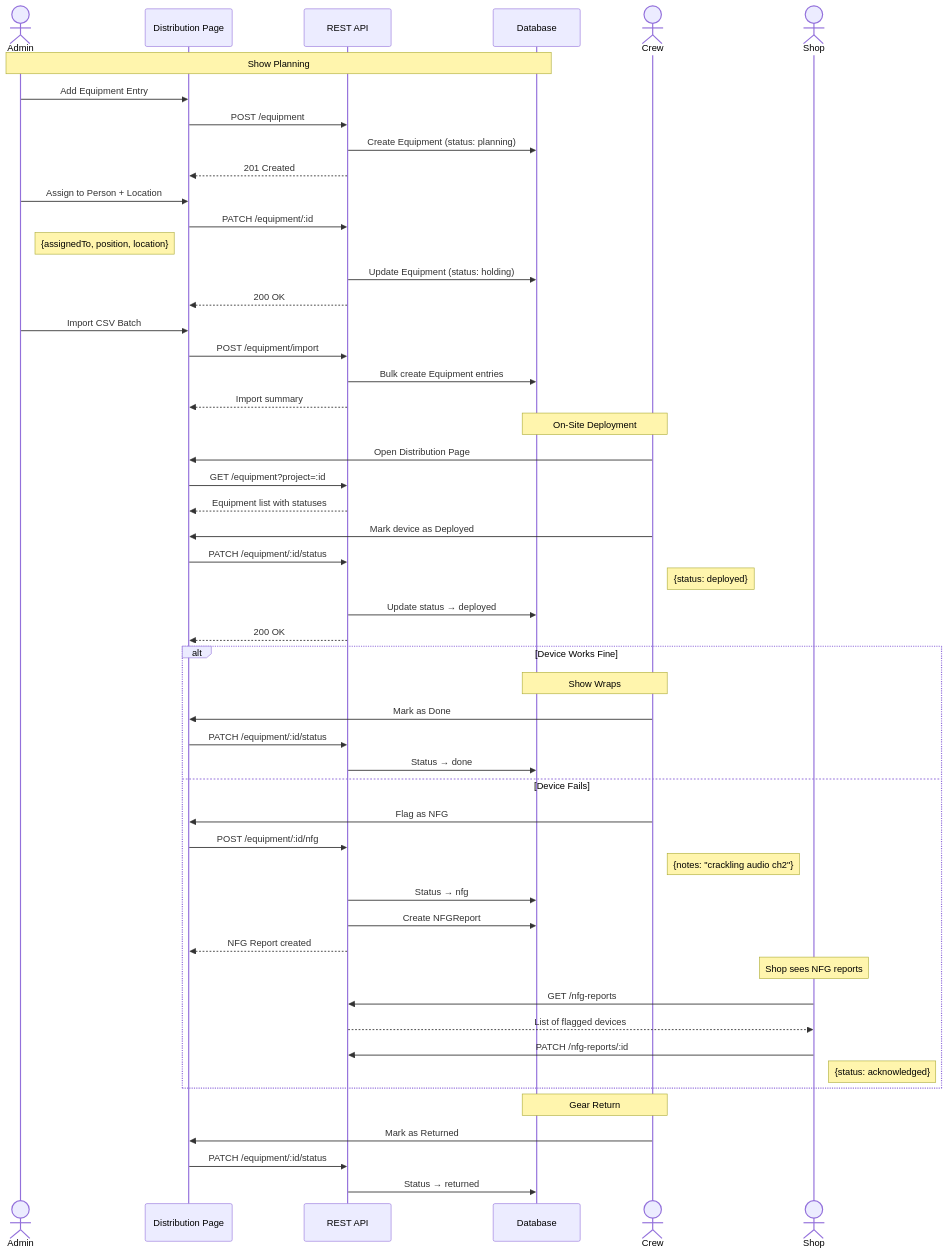
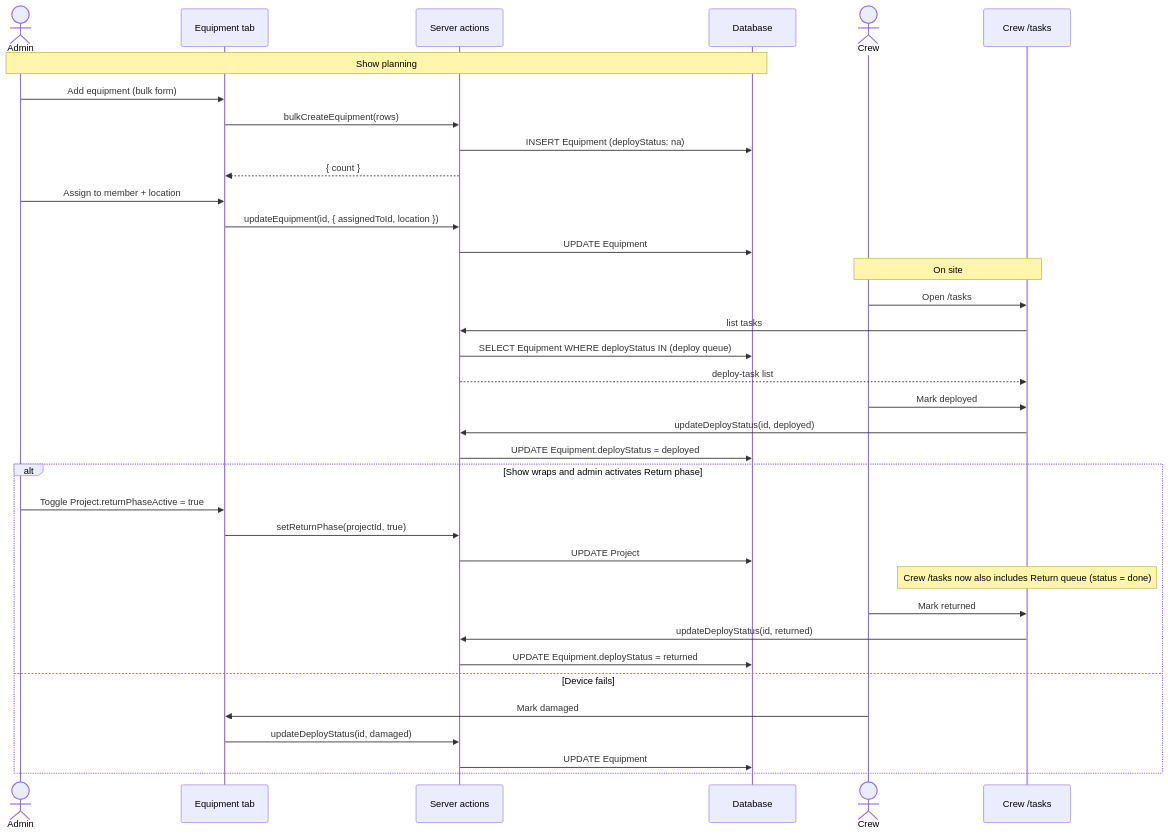
The third of 4 diagrams in docs/uml-sequence-diagrams.md (jimmfxr/versacom-app), drawn with Mermaid before and after one commit. The commit also changed other lines of this file and 14 other files, not shown here.

First line of the commit message:
Docs: refresh PRD + diagrams for unified My Equipment + Copy/Paste

````diff
--- a/docs/uml-sequence-diagrams.md
+++ b/docs/uml-sequence-diagrams.md
@@ -56,62 +111,43 @@
 ```mermaid
 sequenceDiagram
     actor Admin
-    participant Dist as Distribution Page
-    participant API as REST API
+    participant Eq as Equipment tab
+    participant SA as Server actions
     participant DB as Database
     actor Crew
-    actor Shop
+    participant Tasks as Crew /tasks
 
-    Note over Admin,DB: Show Planning
-    Admin->>Dist: Add Equipment Entry
-    Dist->>API: POST /equipment
-    API->>DB: Create Equipment (status: planning)
-    API-->>Dist: 201 Created
+    Note over Admin,DB: Show planning
+    Admin->>Eq: Add equipment (bulk form)
+    Eq->>SA: bulkCreateEquipment(rows)
+    SA->>DB: INSERT Equipment (deployStatus: na)
+    SA-->>Eq: { count }
 
-    Admin->>Dist: Assign to Person + Location
-    Dist->>API: PATCH /equipment/:id
-    Note right of Admin: {assignedTo, position, location}
-    API->>DB: Update Equipment (status: holding)
-    API-->>Dist: 200 OK
+    Admin->>Eq: Assign to member + location
+    Eq->>SA: updateEquipment(id, { assignedToId, location })
+    SA->>DB: UPDATE Equipment
 
-    Admin->>Dist: Import CSV Batch
-    Dist->>API: POST /equipment/import
-    API->>DB: Bulk create Equipment entries
-    API-->>Dist: Import summary
+    Note over Crew,Tasks: On site
+    Crew->>Tasks: Open /tasks
+    Tasks->>SA: list tasks
+    SA->>DB: SELECT Equipment WHERE deployStatus IN (deploy queue)
+    SA-->>Tasks: deploy-task list
 
-    Note over Crew,DB: On-Site Deployment
-    Crew->>Dist: Open Distribution Page
-    Dist->>API: GET /equipment?project=:id
-    API-->>Dist: Equipment list with statuses
+    Crew->>Tasks: Mark deployed
+    Tasks->>SA: updateDeployStatus(id, deployed)
+    SA->>DB: UPDATE Equipment.deployStatus = deployed
 
-    Crew->>Dist: Mark device as Deployed
-    Dist->>API: PATCH /equipment/:id/status
-    Note right of Crew: {status: deployed}
-    API->>DB: Update status → deployed
-    API-->>Dist: 200 OK
-
-    alt Device Works Fine
-        Note over Crew,DB: Show Wraps
-        Crew->>Dist: Mark as Done
-        Dist->>API: PATCH /equipment/:id/status
-        API->>DB: Status → done
-    else Device Fails
-        Crew->>Dist: Flag as NFG
-        Dist->>API: POST /equipment/:id/nfg
-        Note right of Crew: {notes: "crackling audio ch2"}
-        API->>DB: Status → nfg
-        API->>DB: Create NFGReport
-        API-->>Dist: NFG Report created
-
-        Note over Shop: Shop sees NFG reports
-        Shop->>API: GET /nfg-reports
-        API-->>Shop: List of flagged devices
-        Shop->>API: PATCH /nfg-reports/:id
-        Note right of Shop: {status: acknowledged}
+    alt Show wraps and admin activates Return phase
+        Admin->>Eq: Toggle Project.returnPhaseActive = true
+        Eq->>SA: setReturnPhase(projectId, true)
+        SA->>DB: UPDATE Project
+        Note over Tasks: Crew /tasks now also includes Return queue (status = done)
+        Crew->>Tasks: Mark returned
+        Tasks->>SA: updateDeployStatus(id, returned)
+        SA->>DB: UPDATE Equipment.deployStatus = returned
+    else Device fails
+        Crew->>Eq: Mark damaged
+        Eq->>SA: updateDeployStatus(id, damaged)
+        SA->>DB: UPDATE Equipment
     end
-
-    Note over Crew,DB: Gear Return
-    Crew->>Dist: Mark as Returned
-    Dist->>API: PATCH /equipment/:id/status
-    API->>DB: Status → returned
 ```
````
